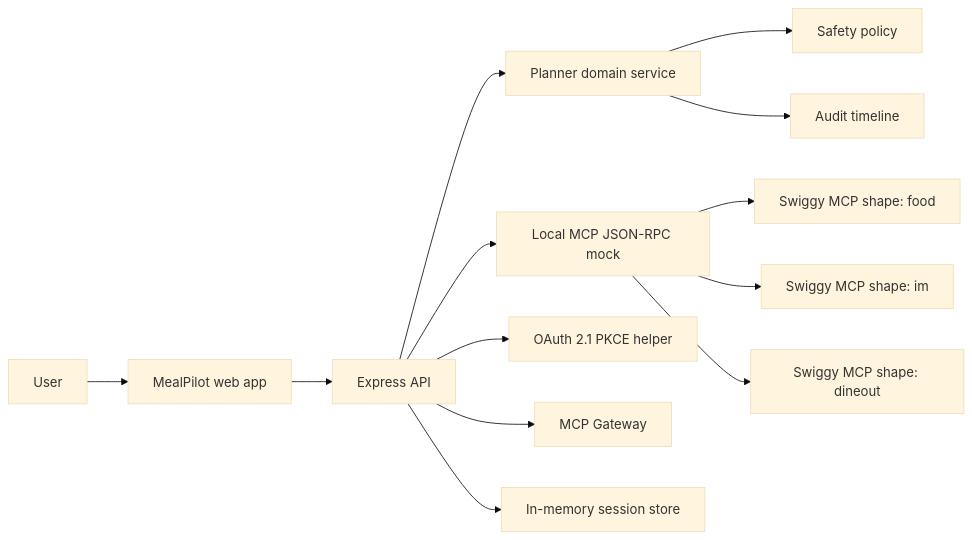
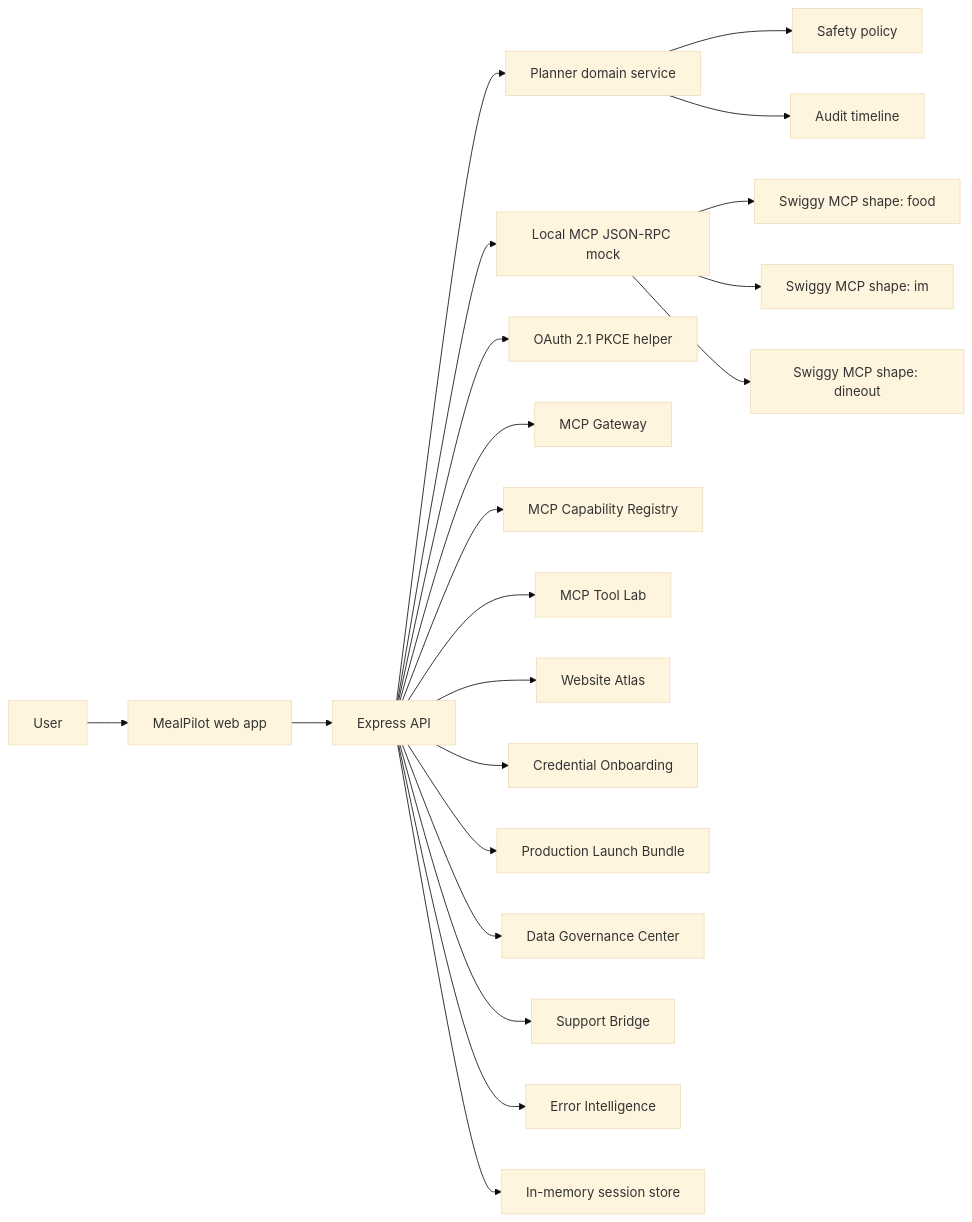
Before and after one commit to Farhankhan0128/MealPilot: the diagram in docs/architecture.md, drawn with Mermaid (base theme). The commit also changed other lines of this file and 67 other files, not shown here.

````diff
--- a/docs/architecture.md
+++ b/docs/architecture.md
@@ -7,15 +7,23 @@
 ```mermaid
 flowchart LR
   U["User"] --> UI["MealPilot web app"]
   UI --> API["Express API"]
   API --> Planner["Planner domain service"]
   Planner --> Safety["Safety policy"]
   API --> Mock["Local MCP JSON-RPC mock"]
   API --> Auth["OAuth 2.1 PKCE helper"]
   API --> Gateway["MCP Gateway"]
+  API --> Registry["MCP Capability Registry"]
+  API --> ToolLab["MCP Tool Lab"]
+  API --> Atlas["Website Atlas"]
+  API --> Credential["Credential Onboarding"]
+  API --> Launch["Production Launch Bundle"]
+  API --> DataGov["Data Governance Center"]
+  API --> Support["Support Bridge"]
+  API --> Errors["Error Intelligence"]
   Mock --> Food["Swiggy MCP shape: food"]
   Mock --> IM["Swiggy MCP shape: im"]
   Mock --> Dineout["Swiggy MCP shape: dineout"]
   API --> Store["In-memory session store"]
   Planner --> Obs["Audit timeline"]
 ```
````
